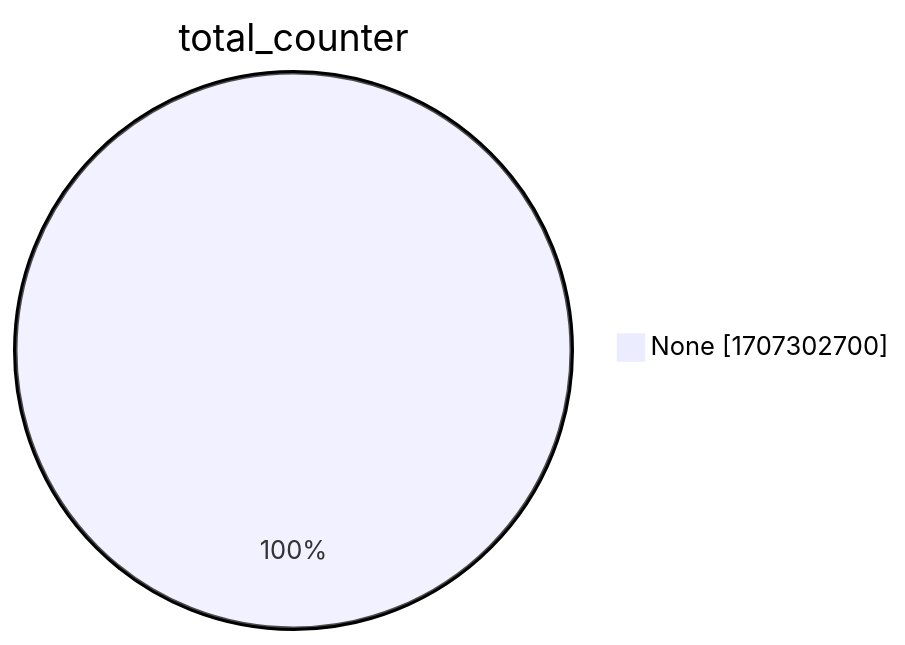
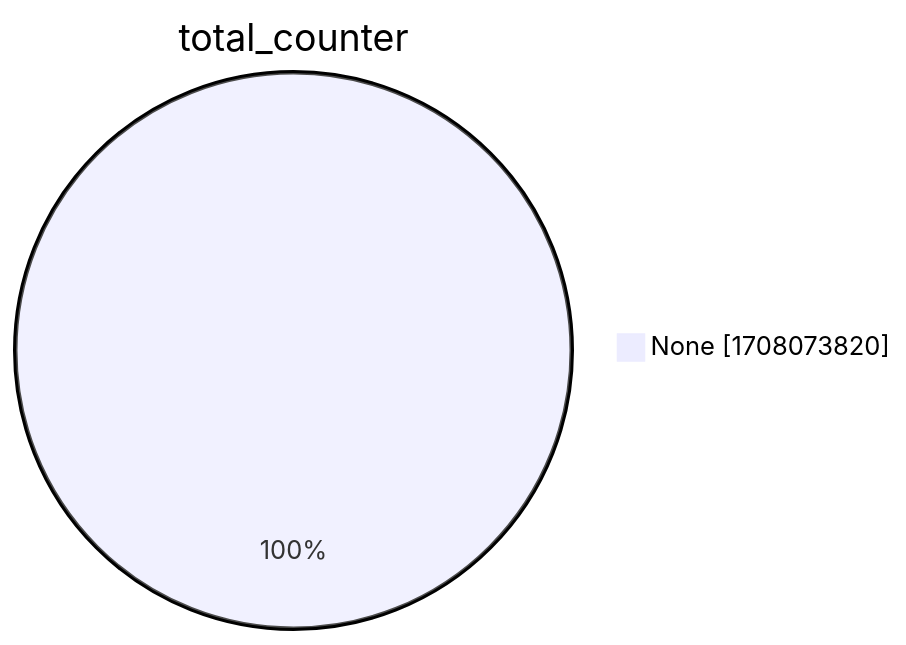
Before and after one commit to christiankrug/ctmonitor_visualization: the second of 15 diagrams in xenon2022/README.md, drawn with Mermaid. The commit also changed other lines of this file, not shown here.

````diff
--- a/xenon2022/README.md
+++ b/xenon2022/README.md
@@ -9,5 +9,5 @@
 ```mermaid
 pie showData
 title total_counter
-"None" :1707302700
+"None" :1708073820
 ```
````
